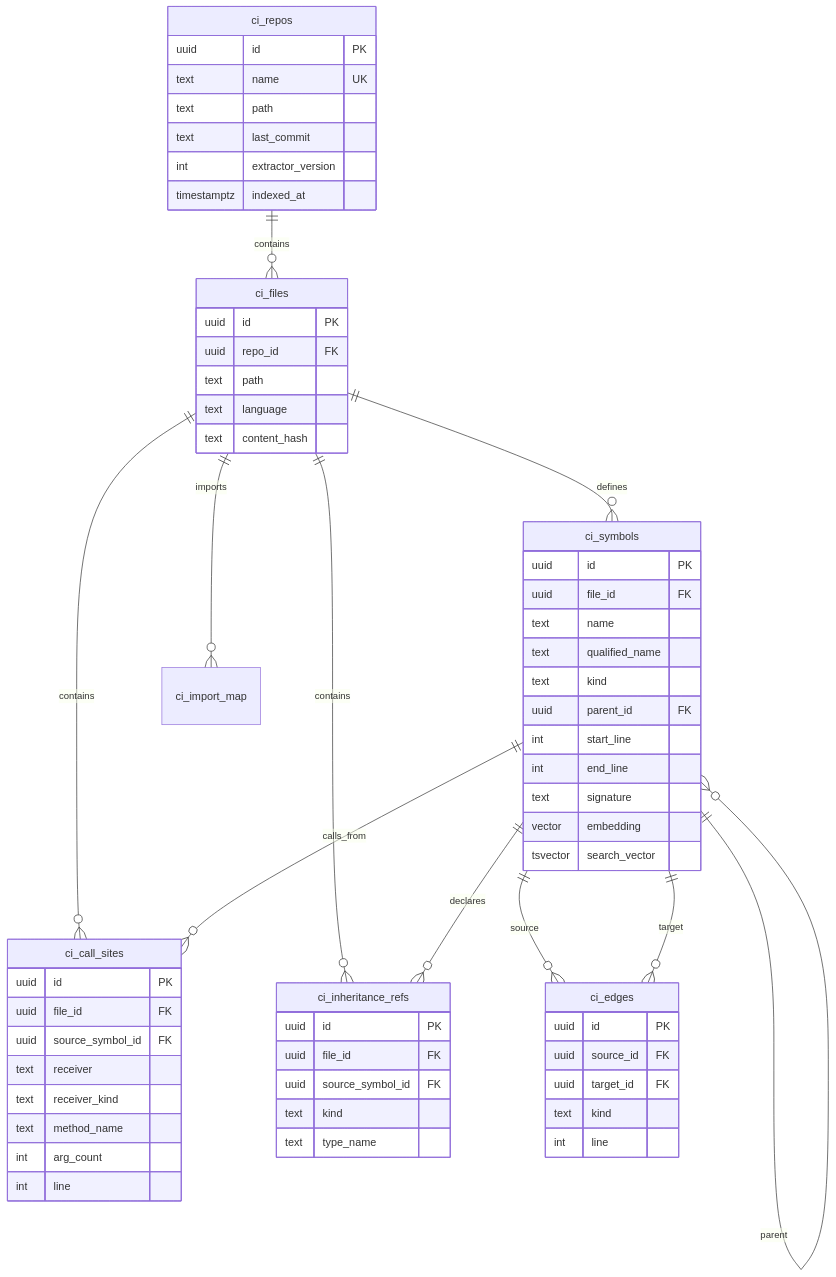
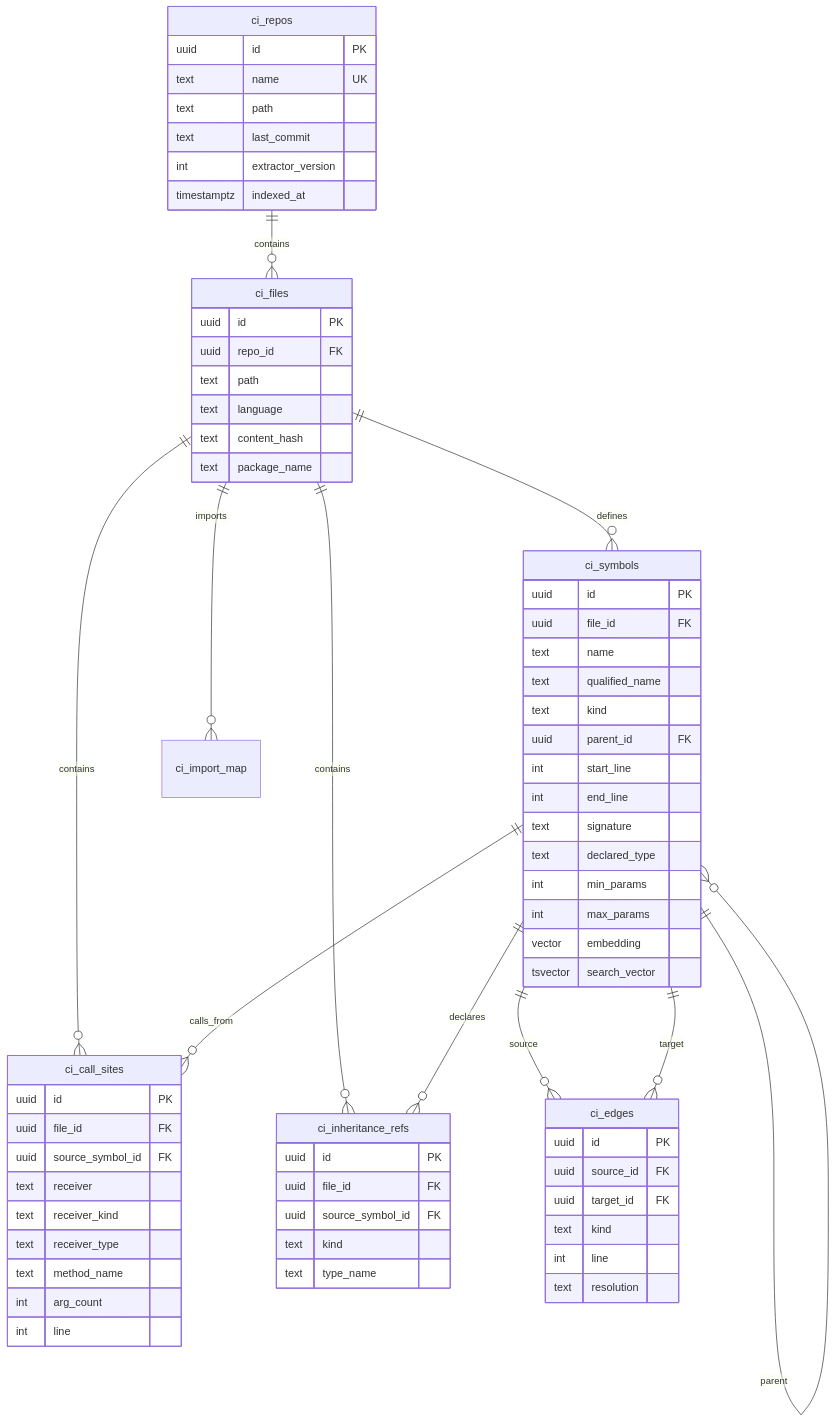
One commit to RuneLind/yggdrasil changed the third of 4 diagrams in README.md. Above: the diagram before and after it, drawn with Mermaid. The commit also changed other lines of this file and 23 other files, not shown here.

````diff
--- a/README.md
+++ b/README.md
@@ -76,71 +76,77 @@
 ```mermaid
 erDiagram
     ci_repos ||--o{ ci_files : contains
     ci_files ||--o{ ci_symbols : defines
     ci_files ||--o{ ci_import_map : imports
     ci_files ||--o{ ci_call_sites : contains
     ci_files ||--o{ ci_inheritance_refs : contains
     ci_symbols ||--o{ ci_call_sites : calls_from
     ci_symbols ||--o{ ci_inheritance_refs : declares
     ci_symbols ||--o{ ci_symbols : parent
     ci_symbols ||--o{ ci_edges : source
     ci_symbols ||--o{ ci_edges : target
 
     ci_repos {
         uuid id PK
         text name UK
         text path
         text last_commit
         int extractor_version
         timestamptz indexed_at
     }
 
     ci_files {
         uuid id PK
         uuid repo_id FK
         text path
         text language
         text content_hash
+        text package_name
     }
 
     ci_symbols {
         uuid id PK
         uuid file_id FK
         text name
         text qualified_name
         text kind
         uuid parent_id FK
         int start_line
         int end_line
         text signature
+        text declared_type
+        int min_params
+        int max_params
         vector embedding
         tsvector search_vector
     }
 
     ci_edges {
         uuid id PK
         uuid source_id FK
         uuid target_id FK
         text kind
         int line
+        text resolution
     }
 
     ci_call_sites {
         uuid id PK
         uuid file_id FK
         uuid source_symbol_id FK
         text receiver
         text receiver_kind
+        text receiver_type
         text method_name
         int arg_count
         int line
     }
 
     ci_inheritance_refs {
         uuid id PK
         uuid file_id FK
         uuid source_symbol_id FK
         text kind
         text type_name
     }
 ```
````
